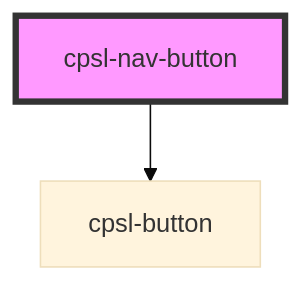
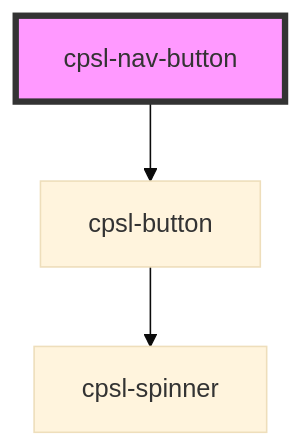
One commit to getpara/examples-hub changed the diagram in packages/core-components/src/components/cpsl-nav-button/readme.md. Above: the diagram before and after it, drawn with Mermaid (base theme). The commit also changed 29 other files, not shown here.

````diff
--- a/packages/core-components/src/components/cpsl-nav-button/readme.md
+++ b/packages/core-components/src/components/cpsl-nav-button/readme.md
@@ -35,5 +35,6 @@
 ```mermaid
 graph TD;
   cpsl-nav-button --> cpsl-button
+  cpsl-button --> cpsl-spinner
   style cpsl-nav-button fill:#f9f,stroke:#333,stroke-width:4px
 ```
````
